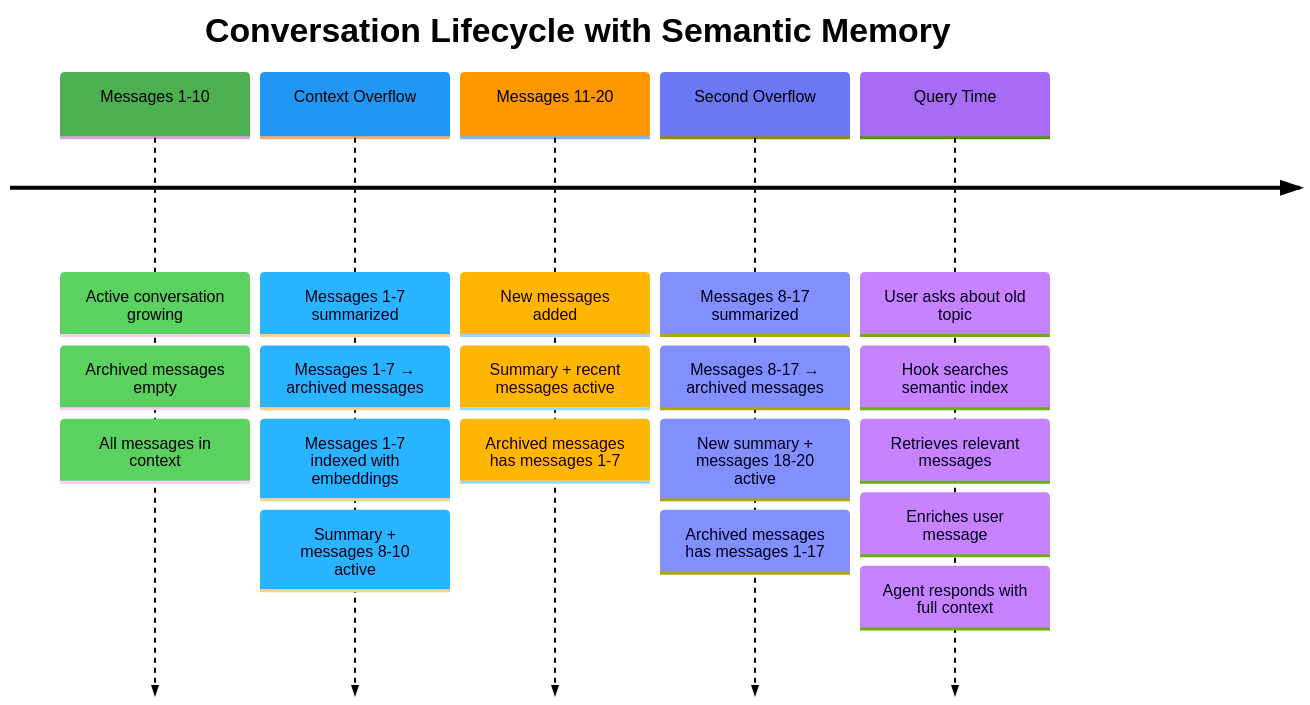
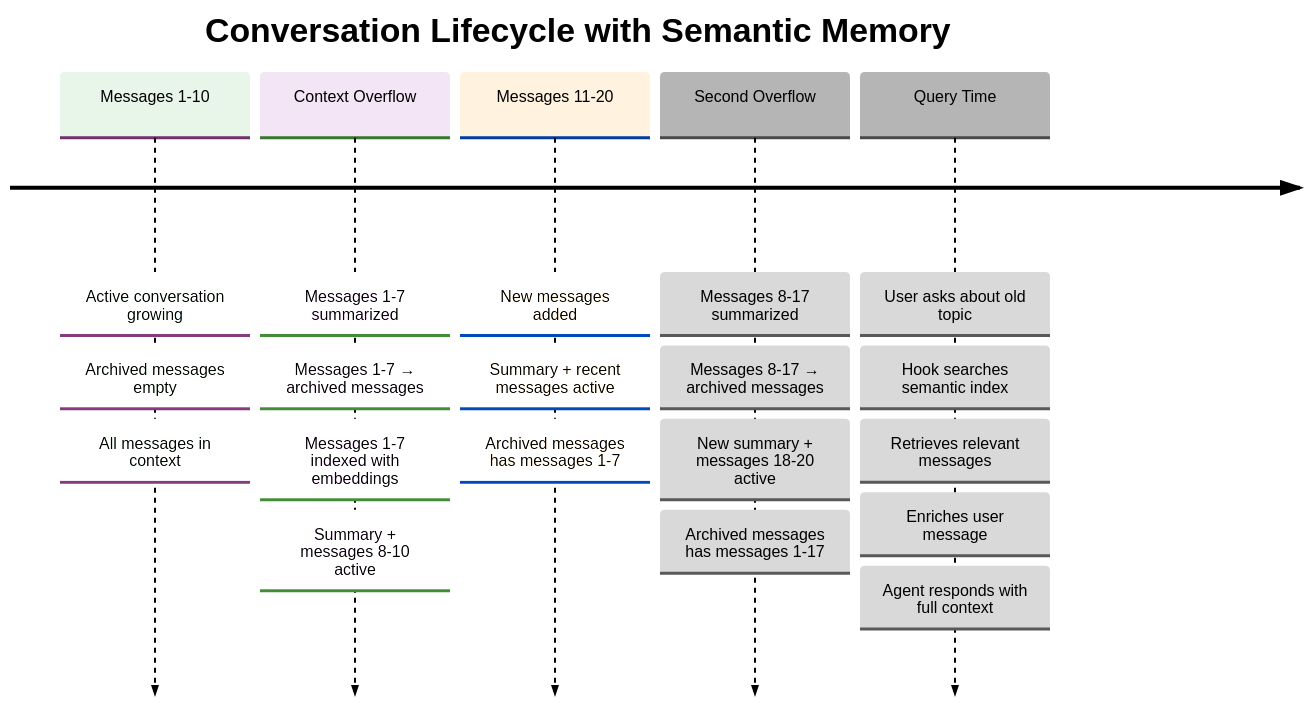
The third of 5 diagrams in README.md (danilop/strands-agents-semantic-summarizing-conversation-manager), drawn with Mermaid before and after one commit.

Commit message:
Apply consistent soft color palette to timeline diagram
- Timeline now uses same light gray primary (#F5F5F5) as other diagrams
- Timeline sections use component colors: green, purple, and cream
- Perfect color consistency across all 5 diagrams
- Soft, professional palette throughout

````diff
--- a/README.md
+++ b/README.md
@@ -253,29 +253,29 @@
 ```mermaid
-%%{init: {"theme": "base", "themeVariables": {"primaryColor": "#E3F2FD", "primaryTextColor": "#000", "primaryBorderColor": "#1976D2", "lineColor": "#2196F3", "cScale0": "#4CAF50", "cScale1": "#2196F3", "cScale2": "#FF9800"}}}%%
+%%{init: {"theme": "base", "themeVariables": {"primaryColor": "#F5F5F5", "primaryTextColor": "#000", "primaryBorderColor": "#9E9E9E", "lineColor": "#2196F3", "secondaryColor": "#FFC107", "tertiaryColor": "#FFF3E0", "cScale0": "#E8F5E9", "cScale1": "#F3E5F5", "cScale2": "#FFF3E0"}}}%%
 timeline
     title Conversation Lifecycle with Semantic Memory
 
     Messages 1-10 : Active conversation growing
                   : Archived messages empty
                   : All messages in context
 
     Context Overflow : Messages 1-7 summarized
                      : Messages 1-7 → archived messages
                      : Messages 1-7 indexed with embeddings
                      : Summary + messages 8-10 active
 
     Messages 11-20 : New messages added
                    : Summary + recent messages active
                    : Archived messages has messages 1-7
 
     Second Overflow : Messages 8-17 summarized
                     : Messages 8-17 → archived messages
                     : New summary + messages 18-20 active
                     : Archived messages has messages 1-17
 
     Query Time : User asks about old topic
                : Hook searches semantic index
                : Retrieves relevant messages
                : Enriches user message
                : Agent responds with full context
 ```
````
